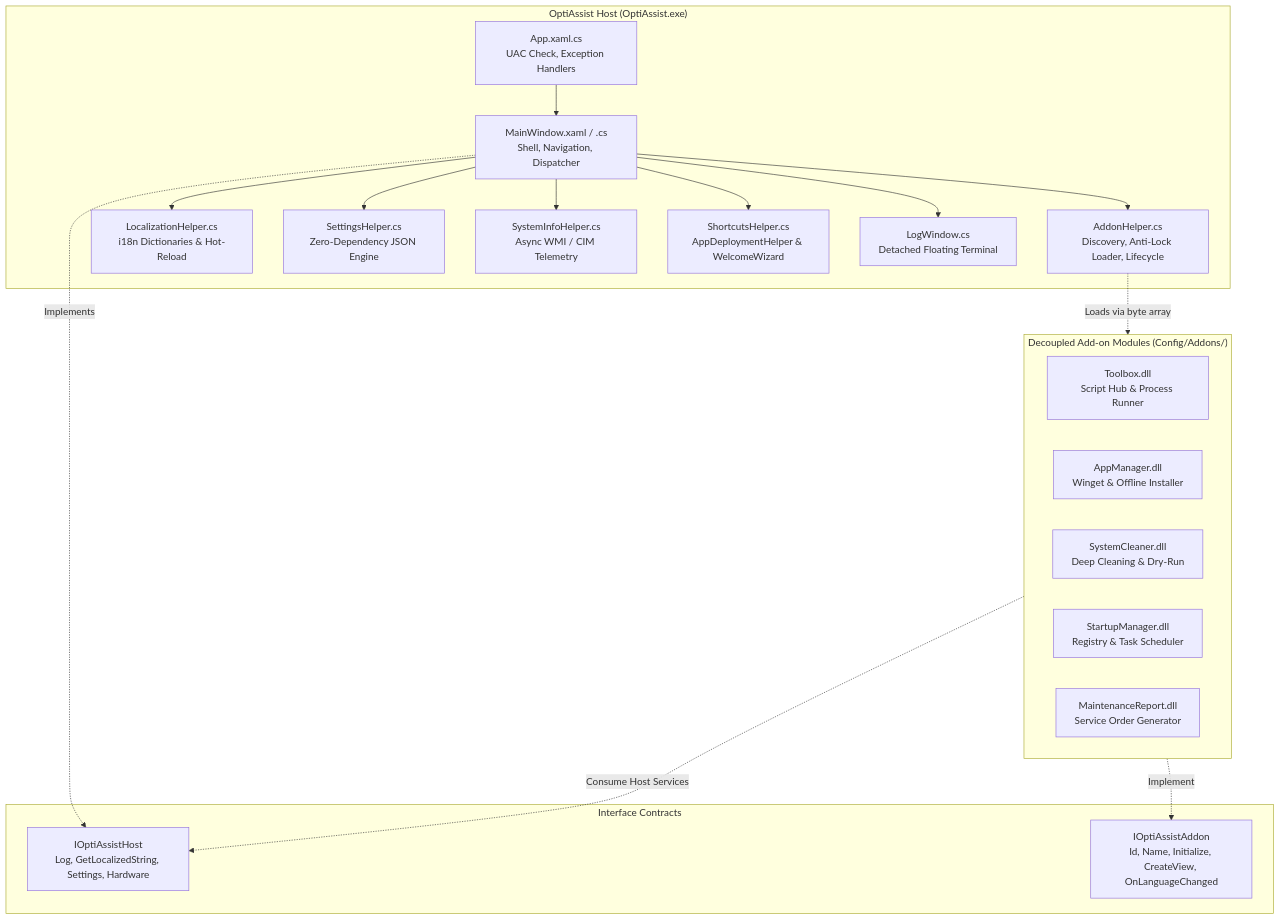
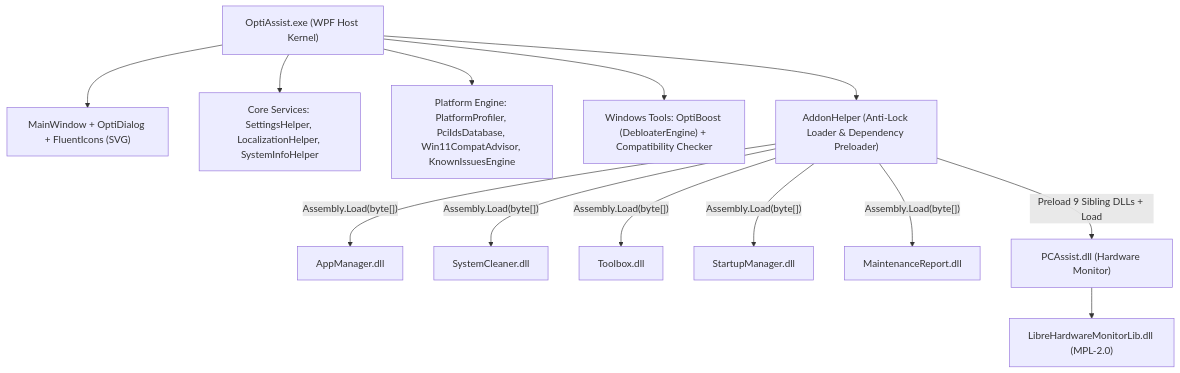
The first of 2 diagrams in Docs/arch.md (jvfigueiro/optiassist), drawn with Mermaid before and after one commit. The commit also changed other lines of this file and 30 other files, not shown here.

````diff
--- a/Docs/arch.md
+++ b/Docs/arch.md
@@ -51,39 +9,17 @@
 ```mermaid
-graph TD
-    subgraph Host ["OptiAssist Host (OptiAssist.exe)"]
-        App["App.xaml.cs<br/>UAC Check, Exception Handlers"]
-        MainWin["MainWindow.xaml / .cs<br/>Shell, Navigation, Dispatcher"]
-        AddonH["AddonHelper.cs<br/>Discovery, Anti-Lock Loader, Lifecycle"]
-        LocalH["LocalizationHelper.cs<br/>i18n Dictionaries & Hot-Reload"]
-        SetH["SettingsHelper.cs<br/>Zero-Dependency JSON Engine"]
-        SysH["SystemInfoHelper.cs<br/>Async WMI / CIM Telemetry"]
-        DeployH["ShortcutsHelper.cs<br/>AppDeploymentHelper & WelcomeWizard"]
-        LogWin["LogWindow.cs<br/>Detached Floating Terminal"]
-    end
+flowchart TB
+    Host["OptiAssist.exe (WPF Host Kernel)"]
+    Host --> UI["MainWindow + OptiDialog + FluentIcons (SVG)"]
+    Host --> Core["Core Services: SettingsHelper, LocalizationHelper, SystemInfoHelper"]
+    Host --> Platform["Platform Engine: PlatformProfiler, PciIdsDatabase, Win11CompatAdvisor, KnownIssuesEngine"]
+    Host --> Debloat["Windows Tools: OptiBoost (DebloaterEngine) + Compatibility Checker"]
+    Host --> AddonMgr["AddonHelper (Anti-Lock Loader & Dependency Preloader)"]
 
-    subgraph Contracts ["Interface Contracts"]
-        IHost["IOptiAssistHost<br/>Log, GetLocalizedString, Settings, Hardware"]
-        IAddon["IOptiAssistAddon<br/>Id, Name, Initialize, CreateView, OnLanguageChanged"]
-    end
-
-    subgraph Addons ["Decoupled Add-on Modules (Config/Addons/)"]
-        ModToolbox["Toolbox.dll<br/>Script Hub & Process Runner"]
-        ModApp["AppManager.dll<br/>Winget & Offline Installer"]
-        ModCleaner["SystemCleaner.dll<br/>Deep Cleaning & Dry-Run"]
-        ModStartup["StartupManager.dll<br/>Registry & Task Scheduler"]
-        ModReport["MaintenanceReport.dll<br/>Service Order Generator"]
-    end
-
-    App --> MainWin
-    MainWin --> AddonH
-    MainWin --> LocalH
-    MainWin --> SetH
-    MainWin --> SysH
-    MainWin --> DeployH
-    MainWin --> LogWin
-
-    MainWin -.->|Implements| IHost
-    AddonH -.->|Loads via byte array| Addons
-    Addons -.->|Implement| IAddon
-    Addons -.->|Consume Host Services| IHost
+    AddonMgr -->|"Assembly.Load(byte[])"| AM["AppManager.dll"]
+    AddonMgr -->|"Assembly.Load(byte[])"| SC["SystemCleaner.dll"]
+    AddonMgr -->|"Assembly.Load(byte[])"| TB["Toolbox.dll"]
+    AddonMgr -->|"Assembly.Load(byte[])"| SM["StartupManager.dll"]
+    AddonMgr -->|"Assembly.Load(byte[])"| MR["MaintenanceReport.dll"]
+    AddonMgr -->|"Preload 9 Sibling DLLs + Load"| PC["PCAssist.dll (Hardware Monitor)"]
+    PC --> LHM["LibreHardwareMonitorLib.dll (MPL-2.0)"]
 ```
````
